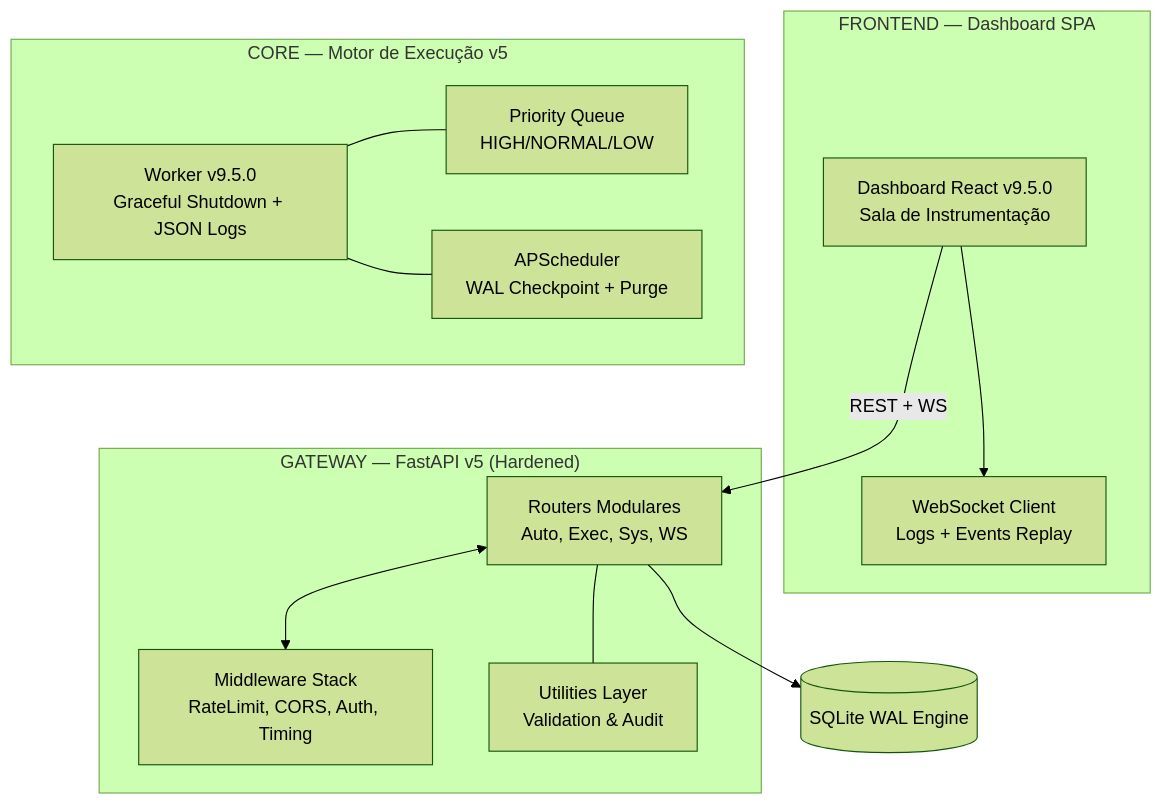
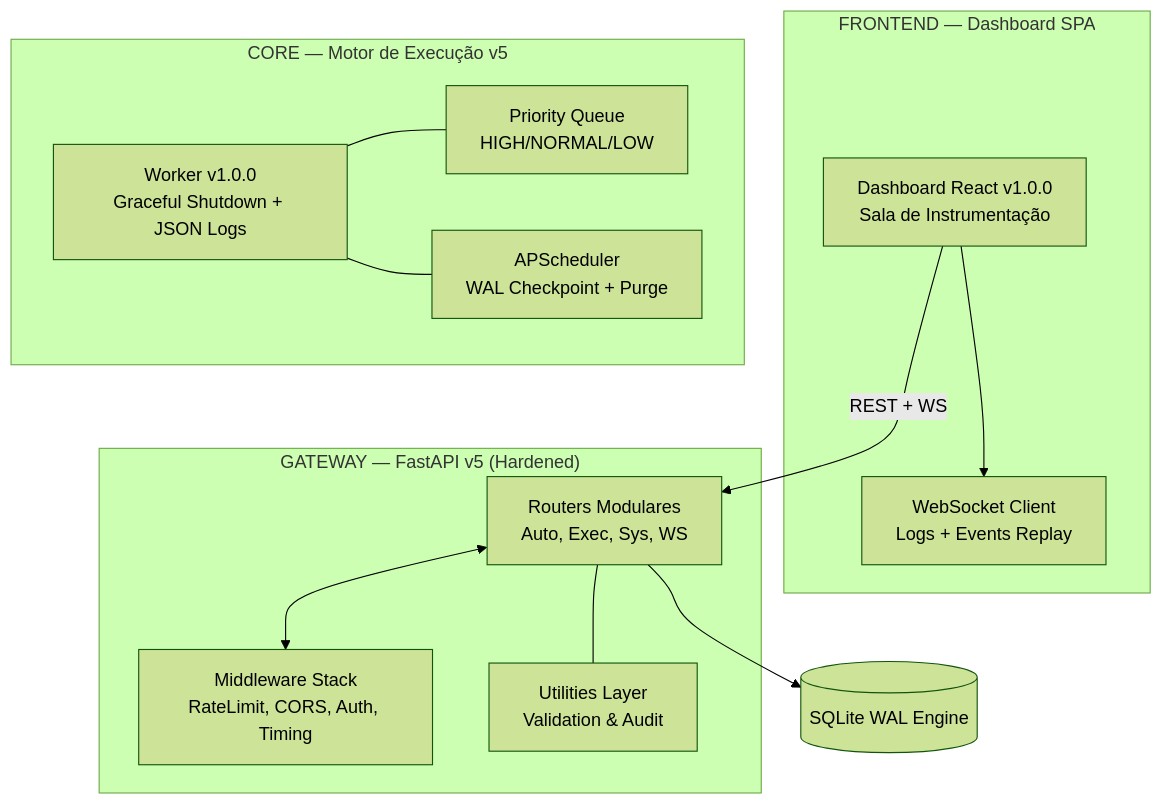
The diagram in README.md (GabrielDiasNN/Automacoes-CR), drawn with Mermaid (forest theme) before and after one commit. The commit also changed other lines of this file and 36 other files, not shown here.

````diff
--- a/README.md
+++ b/README.md
@@ -7,27 +7,27 @@
 ```mermaid
 graph TD
     subgraph "FRONTEND — Dashboard SPA"
-        UI["Dashboard React v9.5.0<br/>Sala de Instrumentação"]
+        UI["Dashboard React v1.0.0<br/>Sala de Instrumentação"]
         WS_CLIENT["WebSocket Client<br/>Logs + Events Replay"]
         UI --> WS_CLIENT
     end
 
     subgraph "GATEWAY — FastAPI v5 (Hardened)"
         ROUTERS["Routers Modulares<br/>Auto, Exec, Sys, WS"]
         MIDDLEWARE["Middleware Stack<br/>RateLimit, CORS, Auth, Timing"]
         UTILS["Utilities Layer<br/>Validation & Audit"]
         ROUTERS <--> MIDDLEWARE
         ROUTERS --- UTILS
     end
 
     subgraph "CORE — Motor de Execução v5"
-        WORKER["Worker v9.5.0<br/>Graceful Shutdown + JSON Logs"]
+        WORKER["Worker v1.0.0<br/>Graceful Shutdown + JSON Logs"]
         PRIORITY["Priority Queue<br/>HIGH/NORMAL/LOW"]
         SCHEDULER["APScheduler<br/>WAL Checkpoint + Purge"]
         WORKER --- PRIORITY
         WORKER --- SCHEDULER
     end
 
     UI -->|REST + WS| ROUTERS
     ROUTERS --> DB[(SQLite WAL Engine)]
 ```
````
